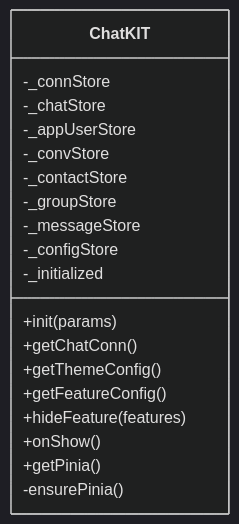
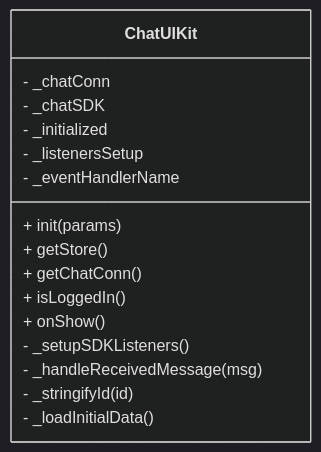
The third of 8 diagrams in .qoder/repowiki/zh/content/核心架构/核心架构.md (Easemob-Community/easemob-uikit-uniapp-community), drawn with Mermaid (dark theme) before and after one commit. The commit also changed other lines of this file and 14 other files, not shown here.

````diff
--- a/.qoder/repowiki/zh/content/核心架构/核心架构.md
+++ b/.qoder/repowiki/zh/content/核心架构/核心架构.md
@@ -177,22 +217,19 @@
 ```mermaid
 classDiagram
-class ChatKIT {
--_connStore
--_chatStore
--_appUserStore
--_convStore
--_contactStore
--_groupStore
--_messageStore
--_configStore
--_initialized
-+init(params)
-+getChatConn()
-+getThemeConfig()
-+getFeatureConfig()
-+hideFeature(features)
-+onShow()
-+getPinia()
--ensurePinia()
+class ChatUIKit {
+- _chatConn
+- _chatSDK
+- _initialized
+- _listenersSetup
+- _eventHandlerName
++ init(params)
++ getStore()
++ getChatConn()
++ isLoggedIn()
++ onShow()
+- _setupSDKListeners()
+- _handleReceivedMessage(msg)
+- _stringifyId(id)
+- _loadInitialData()
 }
 ```
````
